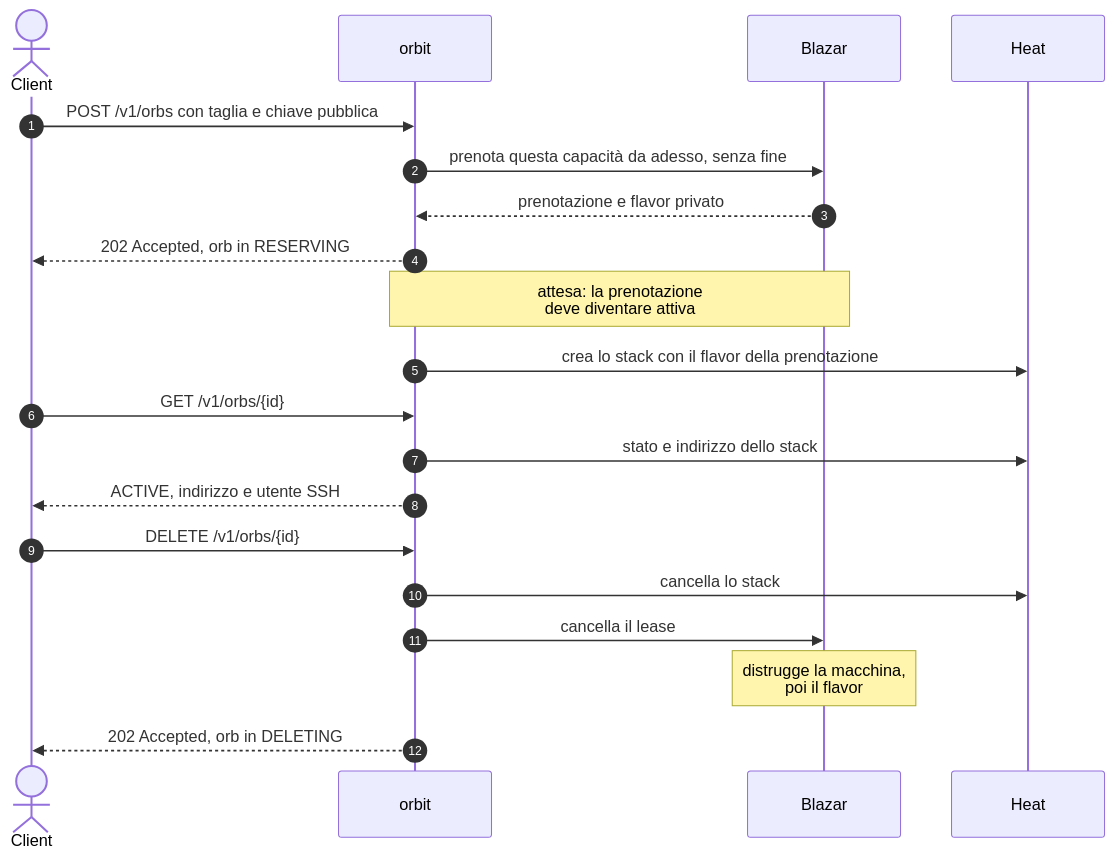
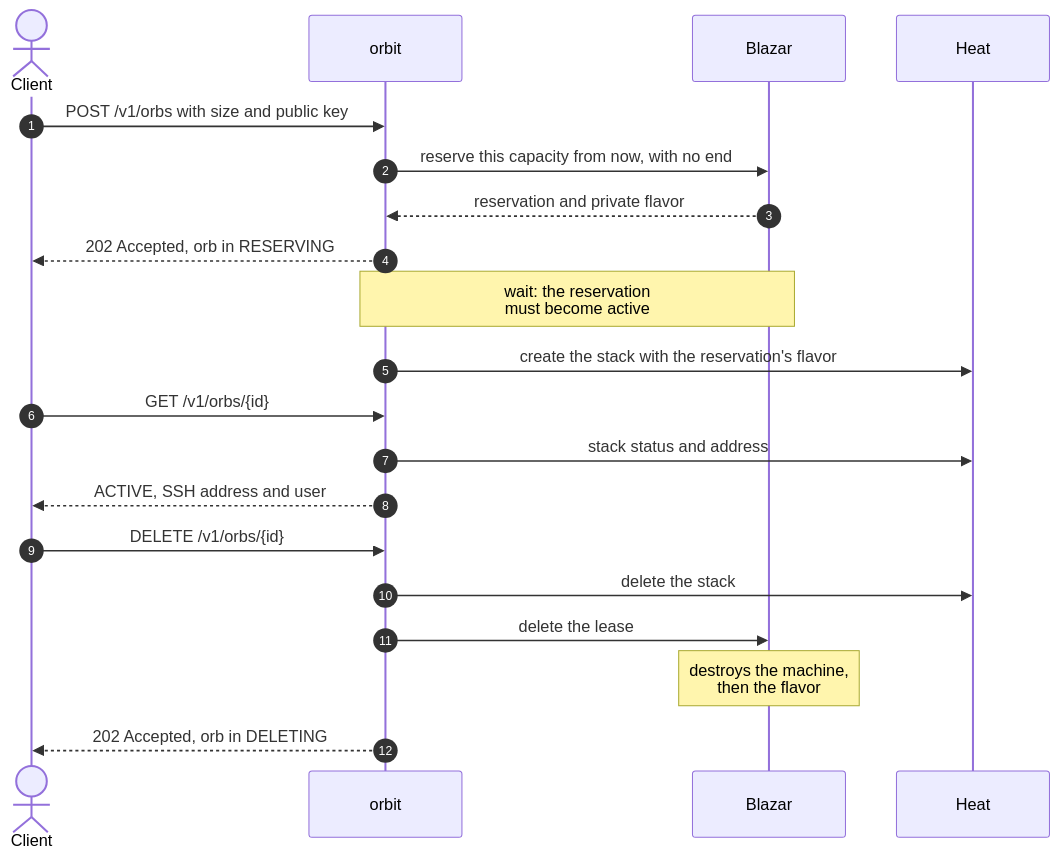
The diagram in README.md (taekwondodev/orbit), drawn with Mermaid before and after one commit. The commit also changed other lines of this file and 41 other files, not shown here.

Commit message:
docs: translate README, docs and diagrams to English

````diff
--- a/README.md
+++ b/README.md
@@ -55,26 +39,26 @@
 ```mermaid
 sequenceDiagram
     autonumber
     actor C as Client
     participant A as orbit
     participant B as Blazar
     participant H as Heat
 
-    C->>A: POST /v1/orbs con taglia e chiave pubblica
-    A->>B: prenota questa capacità da adesso, senza fine
-    B-->>A: prenotazione e flavor privato
+    C->>A: POST /v1/orbs with size and public key
+    A->>B: reserve this capacity from now, with no end
+    B-->>A: reservation and private flavor
     A-->>C: 202 Accepted, orb in RESERVING
 
-    Note over A,B: attesa: la prenotazione<br/>deve diventare attiva
-    A->>H: crea lo stack con il flavor della prenotazione
+    Note over A,B: wait: the reservation<br/>must become active
+    A->>H: create the stack with the reservation's flavor
 
     C->>A: GET /v1/orbs/{id}
-    A->>H: stato e indirizzo dello stack
-    A-->>C: ACTIVE, indirizzo e utente SSH
+    A->>H: stack status and address
+    A-->>C: ACTIVE, SSH address and user
 
     C->>A: DELETE /v1/orbs/{id}
-    A->>H: cancella lo stack
-    A->>B: cancella il lease
-    Note over B: distrugge la macchina,<br/>poi il flavor
+    A->>H: delete the stack
+    A->>B: delete the lease
+    Note over B: destroys the machine,<br/>then the flavor
     A-->>C: 202 Accepted, orb in DELETING
 ```
````
